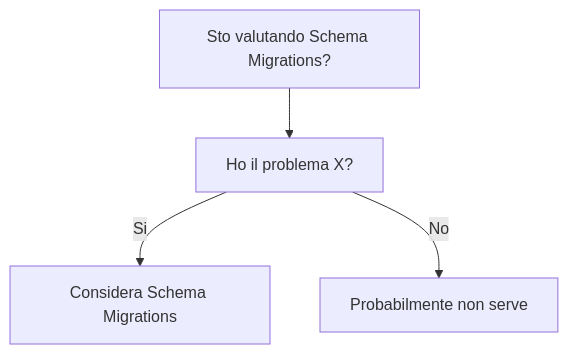
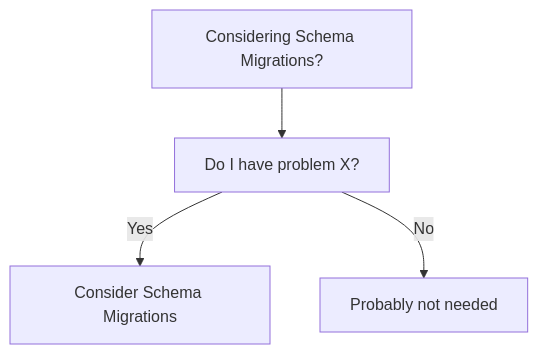
Before and after one commit to HxT9/Software-Dev-Wiki: the diagram in dev-wiki/06_Data_Storage/Schema_Migrations/When_To_Use.md, drawn with Mermaid. The commit also changed other lines of this file and 3444 other files, not shown here.

````diff
--- a/dev-wiki/06_Data_Storage/Schema_Migrations/When_To_Use.md
+++ b/dev-wiki/06_Data_Storage/Schema_Migrations/When_To_Use.md
@@ -19,6 +19,6 @@
 ```mermaid
 flowchart TD
-  Q[Sto valutando Schema Migrations?] --> Q1[Ho il problema X?]
-  Q1 -->|Si| OK[Considera Schema Migrations]
-  Q1 -->|No| NO[Probabilmente non serve]
+  Q[Considering Schema Migrations?] --> Q1[Do I have problem X?]
+  Q1 -->|Yes| OK[Consider Schema Migrations]
+  Q1 -->|No| NO[Probably not needed]
 ```
````
